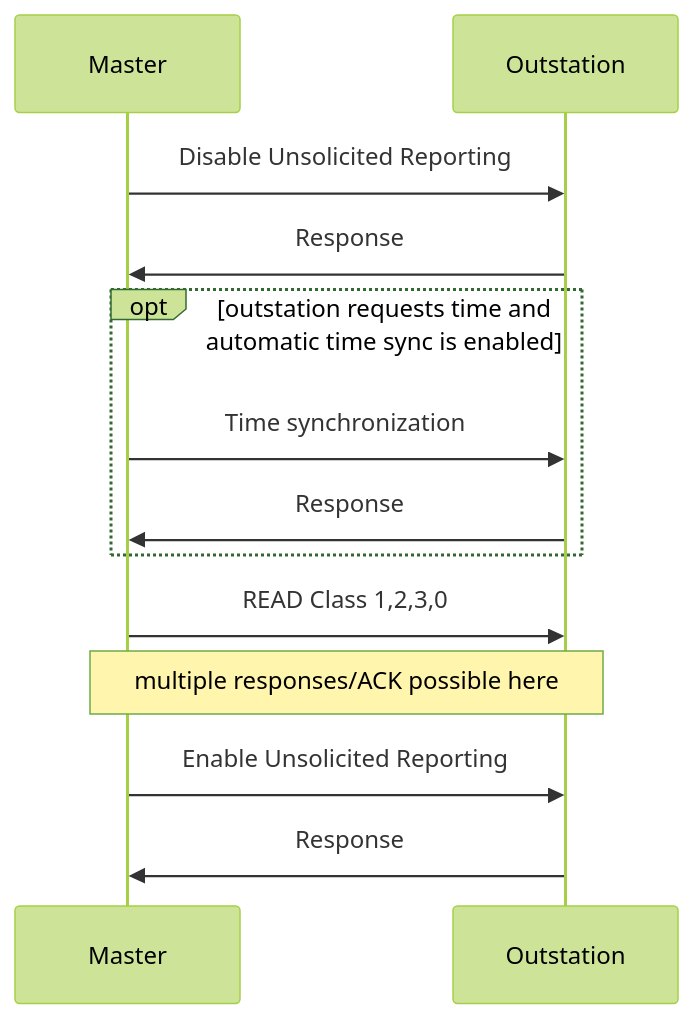
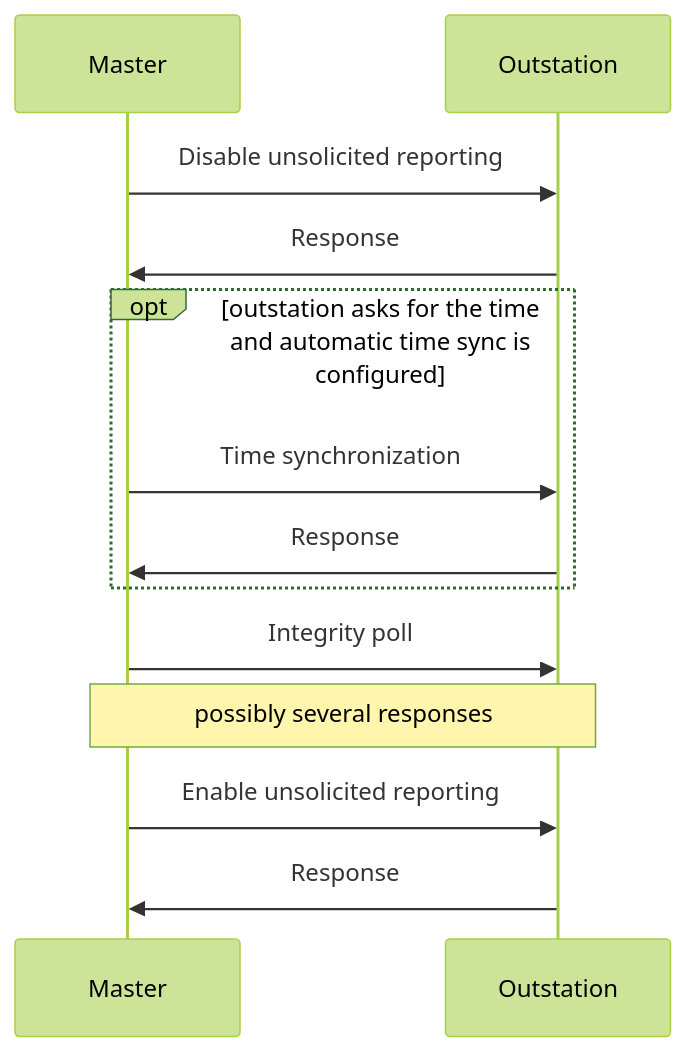
Before and after one commit to stepfunc/dnp3: the diagram in guide/docs/api/master/association_config.mdx, drawn with Mermaid (forest theme). The commit also changed other lines of this file and 49 other files, not shown here.

````diff
--- a/guide/docs/api/master/association_config.mdx
+++ b/guide/docs/api/master/association_config.mdx
@@ -71,13 +80,13 @@
 ```mermaid
 sequenceDiagram
-    Master->>Outstation: Disable Unsolicited Reporting;
-    Outstation->>Master: Response;
-    opt outstation requests time and automatic time sync is enabled
-        Master->>Outstation: Time synchronization;
-        Outstation->>Master: Response;
+    Master->>Outstation: Disable unsolicited reporting
+    Outstation->>Master: Response
+    opt outstation asks for the time and automatic time sync is configured
+        Master->>Outstation: Time synchronization
+        Outstation->>Master: Response
     end
-    Master->>Outstation: READ Class 1,2,3,0;
-    Note over Master,Outstation: multiple responses/ACK possible here;
-    Master->>Outstation: Enable Unsolicited Reporting;
-    Outstation->>Master: Response;
+    Master->>Outstation: Integrity poll
+    Note over Master,Outstation: possibly several responses
+    Master->>Outstation: Enable unsolicited reporting
+    Outstation->>Master: Response
 ```
````
